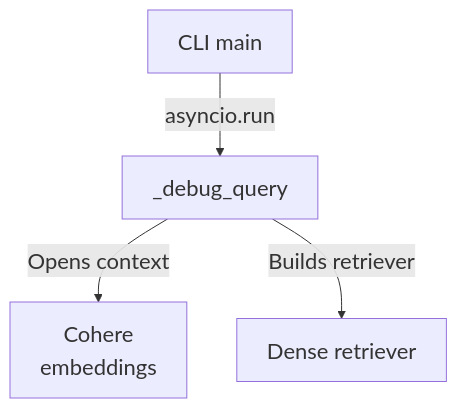
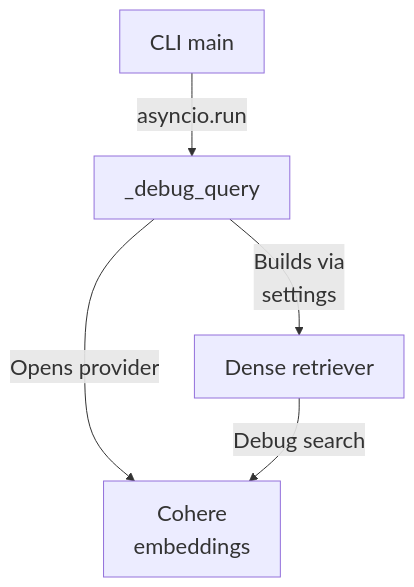
The third of 3 diagrams in maps/retrieval/README.md (Justin-Mendoza/Afterclass), drawn with Mermaid before and after one commit. The commit also changed other lines of this file and 83 other files, not shown here.

````diff
--- a/maps/retrieval/README.md
+++ b/maps/retrieval/README.md
@@ -104,11 +104,12 @@
 ```mermaid
 %%{init: {"themeVariables": {"fontSize": "22px"}}}%%
 flowchart TD
   n0["CLI main"]
   n1["_debug_query"]
   n2["Cohere<br/>embeddings"]
   n3["Dense retriever"]
   n0 -->|"asyncio.run"| n1
-  n1 -->|"Opens context"| n2
-  n1 -->|"Builds retriever"| n3
+  n1 -->|"Opens provider"| n2
+  n1 -->|"Builds via<br/>settings"| n3
+  n3 -->|"Debug search"| n2
 ```
````
